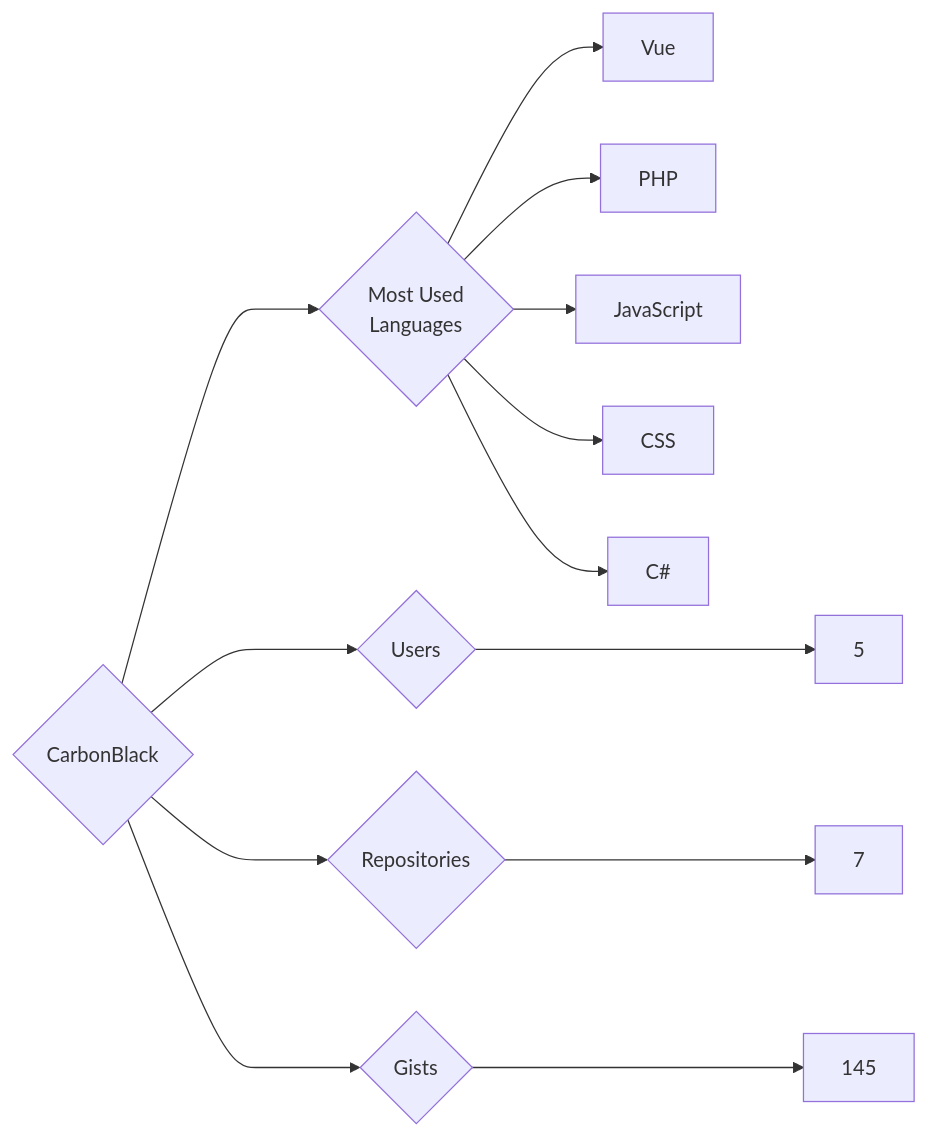
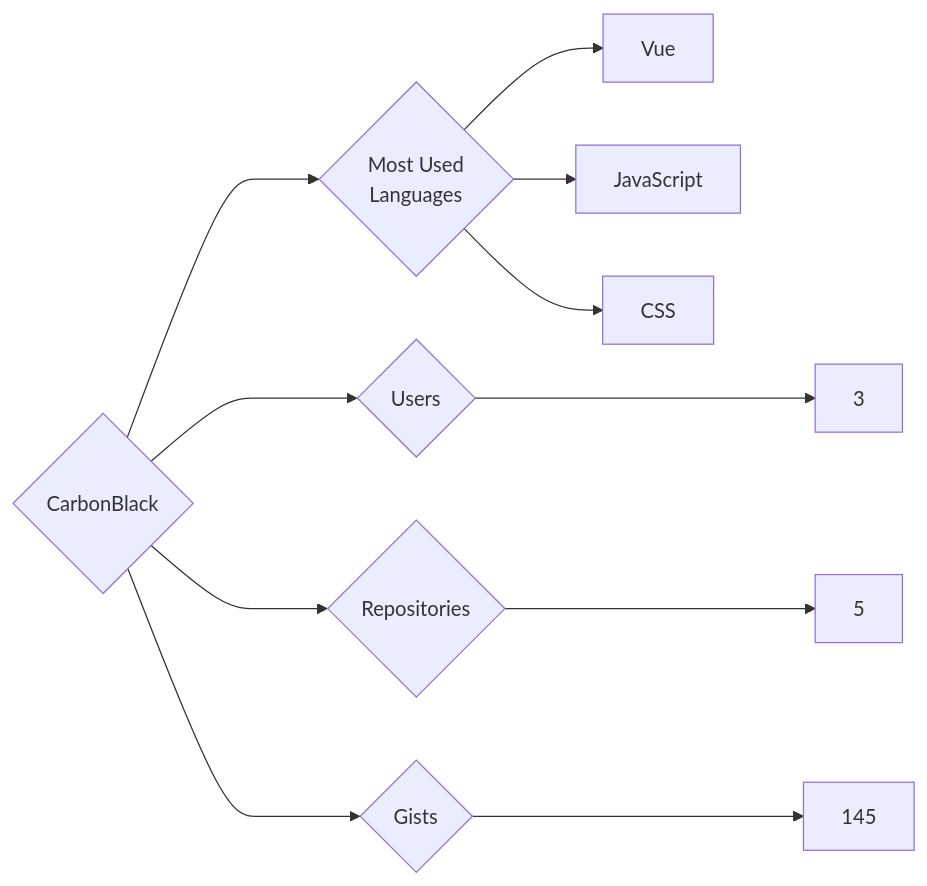
One commit to trickest/insiders changed the diagram in targets/CarbonBlack/README.md. Above: the diagram before and after it, drawn with Mermaid. The commit also changed 988 other files, not shown here.

````diff
--- a/targets/CarbonBlack/README.md
+++ b/targets/CarbonBlack/README.md
@@ -3,13 +3,11 @@
 ```mermaid
 graph LR
 COMPANY_NAME{CarbonBlack}
-COMPANY_NAME ---> U{Users} ---> UN[5]
-COMPANY_NAME ---> R{Repositories} ---> RN[7]
+COMPANY_NAME ---> U{Users} ---> UN[3]
+COMPANY_NAME ---> R{Repositories} ---> RN[5]
 COMPANY_NAME ---> G{Gists} ---> GN[145]
 COMPANY_NAME ---> ML{Most Used<br>Languages}
 ML --> Vue[Vue]
-ML --> PHP[PHP]
 ML --> JavaScript[JavaScript]
 ML --> CSS[CSS]
-ML --> C#[C#]
 ```
````
